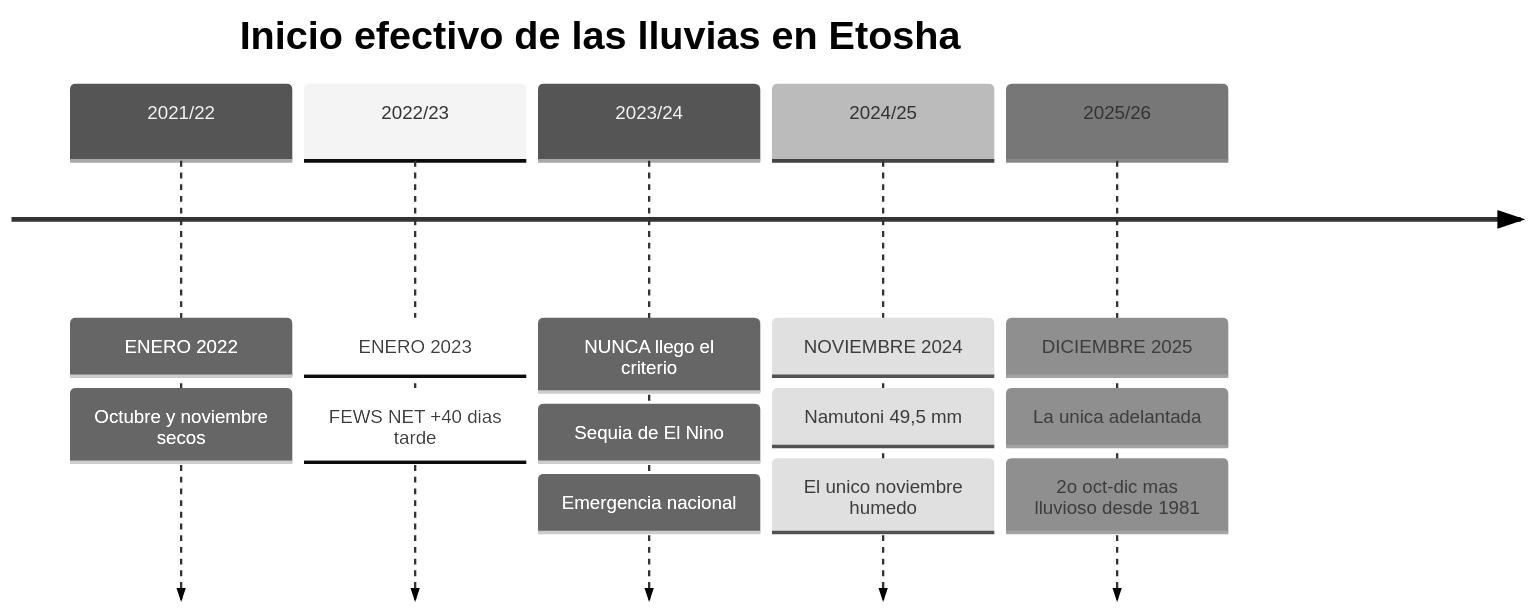
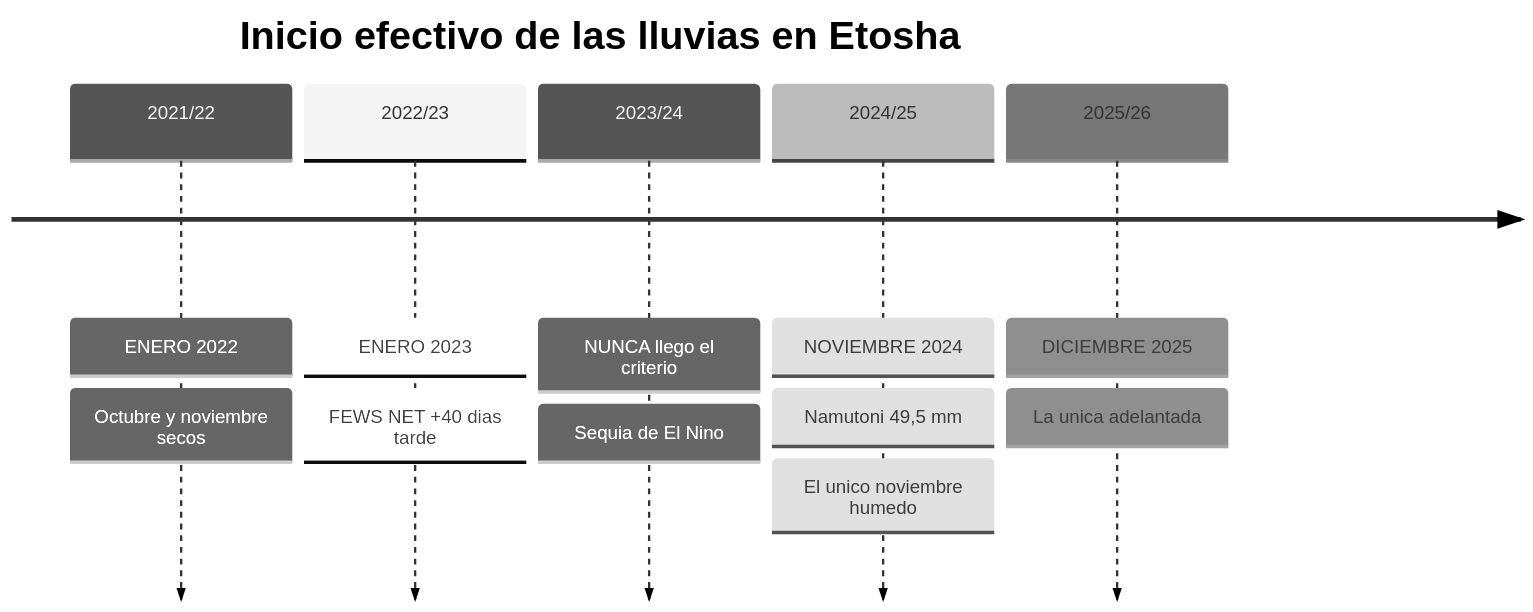
Before and after one commit to morandeirachema/namibia: the sixth of 10 diagrams in README.md, drawn with Mermaid (neutral theme). The commit also changed other lines of this file, not shown here.

````diff
--- a/README.md
+++ b/README.md
@@ -99,17 +158,15 @@
 ```mermaid
 timeline
     title Inicio efectivo de las lluvias en Etosha
     2021/22 : ENERO 2022
             : Octubre y noviembre secos
     2022/23 : ENERO 2023
             : FEWS NET +40 dias tarde
     2023/24 : NUNCA llego el criterio
             : Sequia de El Nino
-            : Emergencia nacional
     2024/25 : NOVIEMBRE 2024
             : Namutoni 49,5 mm
             : El unico noviembre humedo
     2025/26 : DICIEMBRE 2025
             : La unica adelantada
-            : 2o oct-dic mas lluvioso desde 1981
 ```
````
